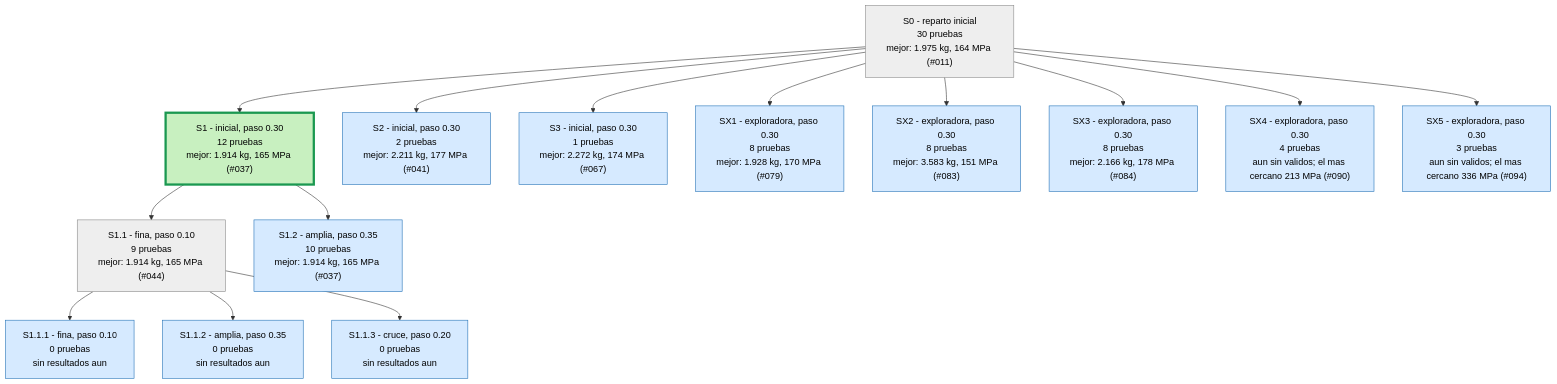
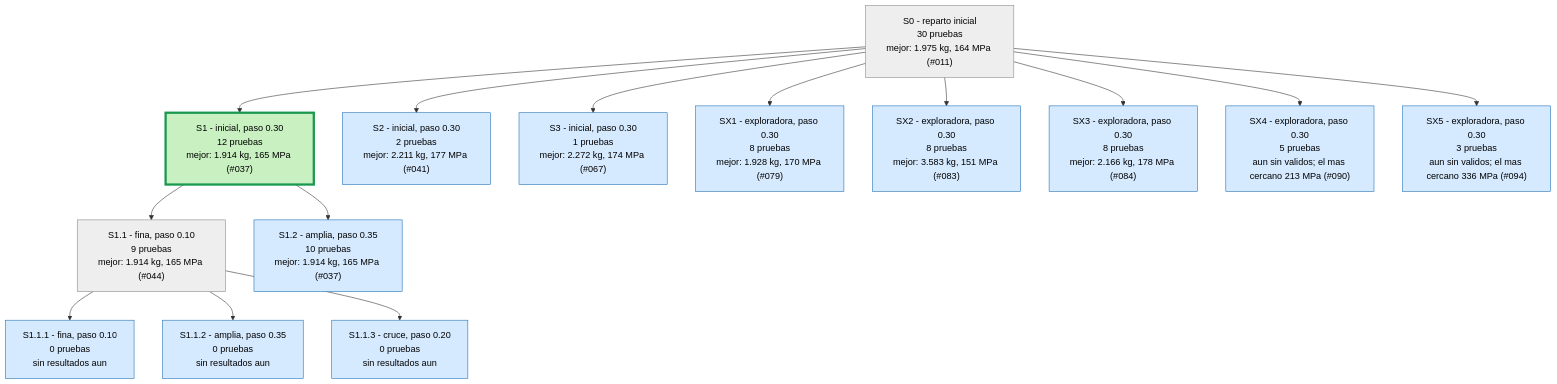
One commit to Hugiko/msd-soporte-optimizacion changed the first of 4 diagrams in runs/opt_37800N/ARBOL.md. Above: the diagram before and after it, drawn with Mermaid. The commit also changed 19 other files, not shown here.

````diff
--- a/runs/opt_37800N/ARBOL.md
+++ b/runs/opt_37800N/ARBOL.md
@@ -9,33 +9,33 @@
 ```mermaid
 graph TD
 classDef activa fill:#d6eaff,stroke:#1f6fb5,color:#000
 classDef fin fill:#eeeeee,stroke:#888,color:#000
 classDef mejor fill:#c8f0c0,stroke:#1a9850,stroke-width:4px,color:#000
 S0["S0 - reparto inicial<br/>30 pruebas<br/>mejor: 1.975 kg, 164 MPa (#011)"]:::fin
 S1["S1 - inicial, paso 0.30<br/>12 pruebas<br/>mejor: 1.914 kg, 165 MPa (#037)"]:::mejor
 S0 --> S1
 S2["S2 - inicial, paso 0.30<br/>2 pruebas<br/>mejor: 2.211 kg, 177 MPa (#041)"]:::activa
 S0 --> S2
 S3["S3 - inicial, paso 0.30<br/>1 pruebas<br/>mejor: 2.272 kg, 174 MPa (#067)"]:::activa
 S0 --> S3
 S1_1["S1.1 - fina, paso 0.10<br/>9 pruebas<br/>mejor: 1.914 kg, 165 MPa (#044)"]:::fin
 S1 --> S1_1
 S1_2["S1.2 - amplia, paso 0.35<br/>10 pruebas<br/>mejor: 1.914 kg, 165 MPa (#037)"]:::activa
 S1 --> S1_2
 S1_1_1["S1.1.1 - fina, paso 0.10<br/>0 pruebas<br/>sin resultados aun"]:::activa
 S1_1 --> S1_1_1
 S1_1_2["S1.1.2 - amplia, paso 0.35<br/>0 pruebas<br/>sin resultados aun"]:::activa
 S1_1 --> S1_1_2
 S1_1_3["S1.1.3 - cruce, paso 0.20<br/>0 pruebas<br/>sin resultados aun"]:::activa
 S1_1 --> S1_1_3
 SX1["SX1 - exploradora, paso 0.30<br/>8 pruebas<br/>mejor: 1.928 kg, 170 MPa (#079)"]:::activa
 S0 --> SX1
 SX2["SX2 - exploradora, paso 0.30<br/>8 pruebas<br/>mejor: 3.583 kg, 151 MPa (#083)"]:::activa
 S0 --> SX2
 SX3["SX3 - exploradora, paso 0.30<br/>8 pruebas<br/>mejor: 2.166 kg, 178 MPa (#084)"]:::activa
 S0 --> SX3
-SX4["SX4 - exploradora, paso 0.30<br/>4 pruebas<br/>aun sin validos; el mas cercano 213 MPa (#090)"]:::activa
+SX4["SX4 - exploradora, paso 0.30<br/>5 pruebas<br/>aun sin validos; el mas cercano 213 MPa (#090)"]:::activa
 S0 --> SX4
 SX5["SX5 - exploradora, paso 0.30<br/>3 pruebas<br/>aun sin validos; el mas cercano 336 MPa (#094)"]:::activa
 S0 --> SX5
 ```
````
